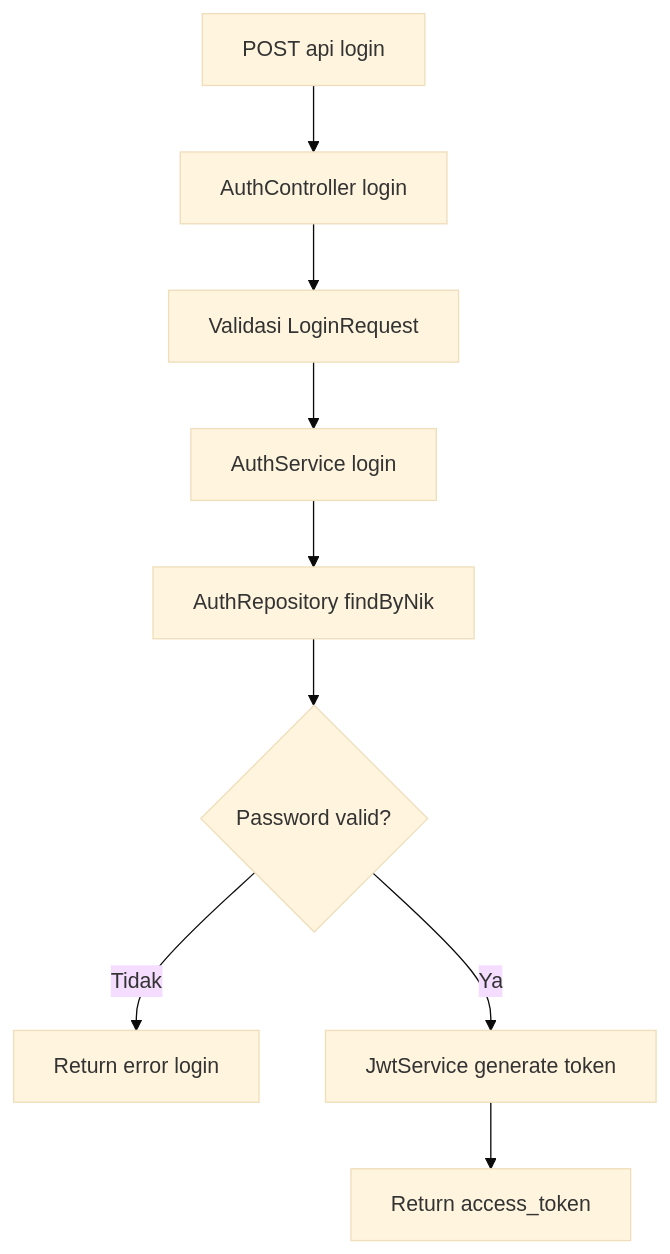
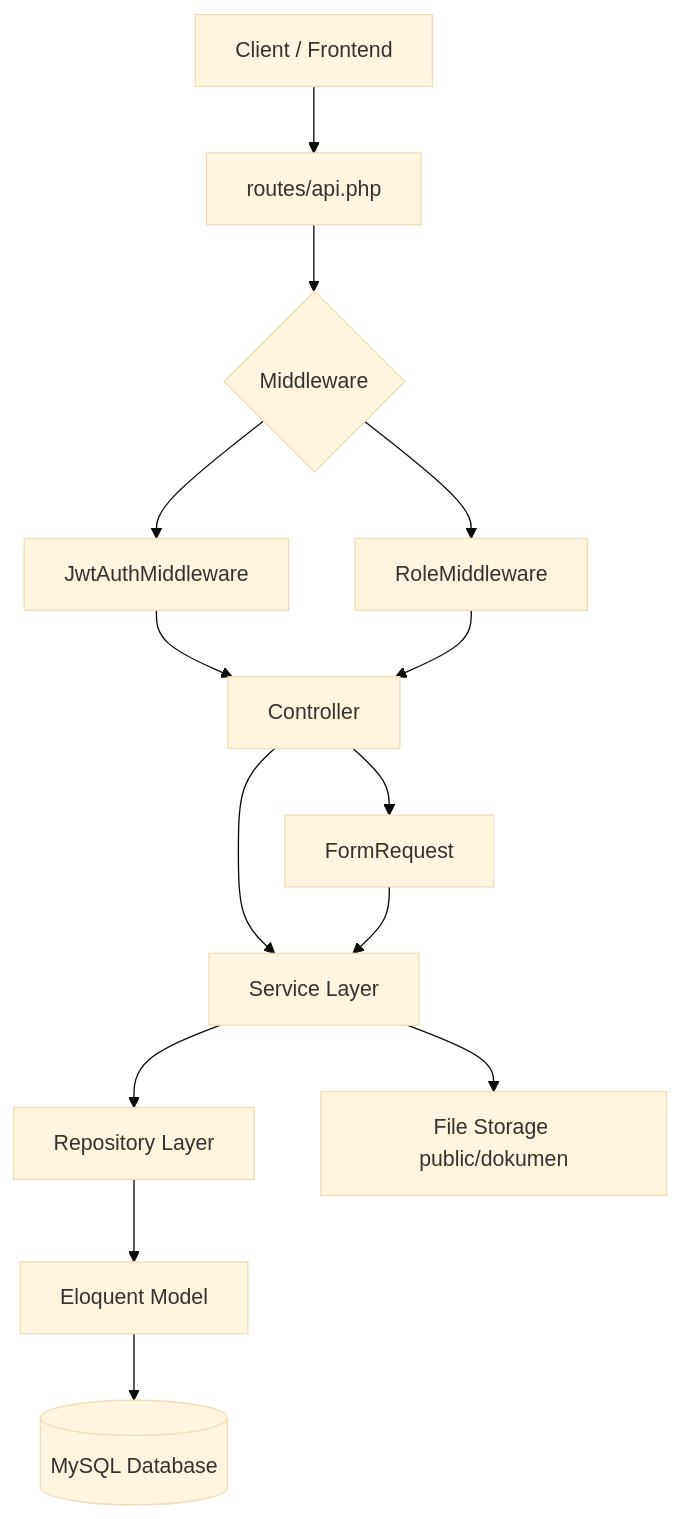
Before and after one commit to widy4aa/BE-SIMPEG-RSKALISAT: the first of 11 diagrams in dokumentasi/dokumentasi_app.md, drawn with Mermaid (base theme). The commit also changed other lines of this file, not shown here.

````diff
--- a/dokumentasi/dokumentasi_app.md
+++ b/dokumentasi/dokumentasi_app.md
@@ -213,11 +73,16 @@
 ```mermaid
 flowchart TD
-	A[POST api login] --> B[AuthController login]
-	B --> C[Validasi LoginRequest]
-	C --> D[AuthService login]
-	D --> E[AuthRepository findByNik]
-	E --> F{Password valid?}
-	F -- Tidak --> G[Return error login]
-	F -- Ya --> H[JwtService generate token]
-	H --> I[Return access_token]
+    A[Client / Frontend] --> B[routes/api.php]
+    B --> C{Middleware}
+    C --> D[JwtAuthMiddleware]
+    C --> E[RoleMiddleware]
+    D --> F[Controller]
+    E --> F
+    F --> G[FormRequest]
+    F --> H[Service Layer]
+    G --> H
+    H --> I[Repository Layer]
+    H --> J[File Storage public/dokumen]
+    I --> K[Eloquent Model]
+    K --> L[(MySQL Database)]
 ```
````
